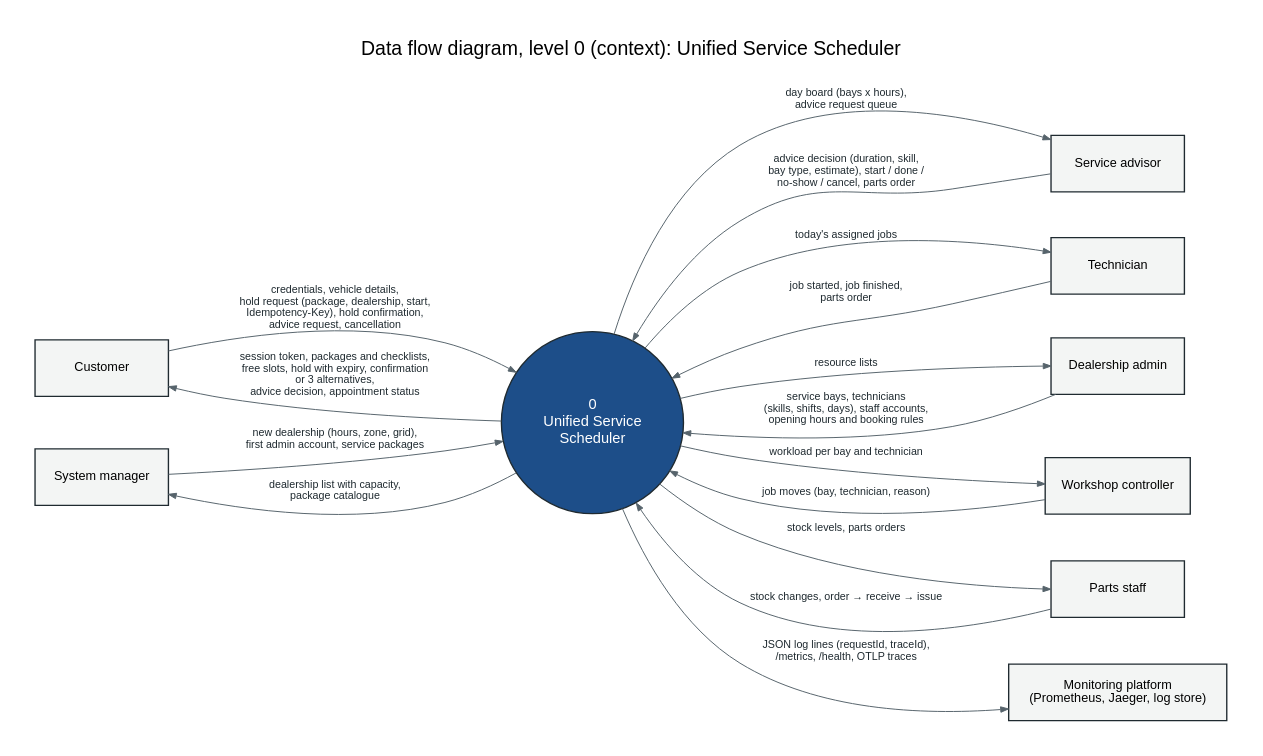
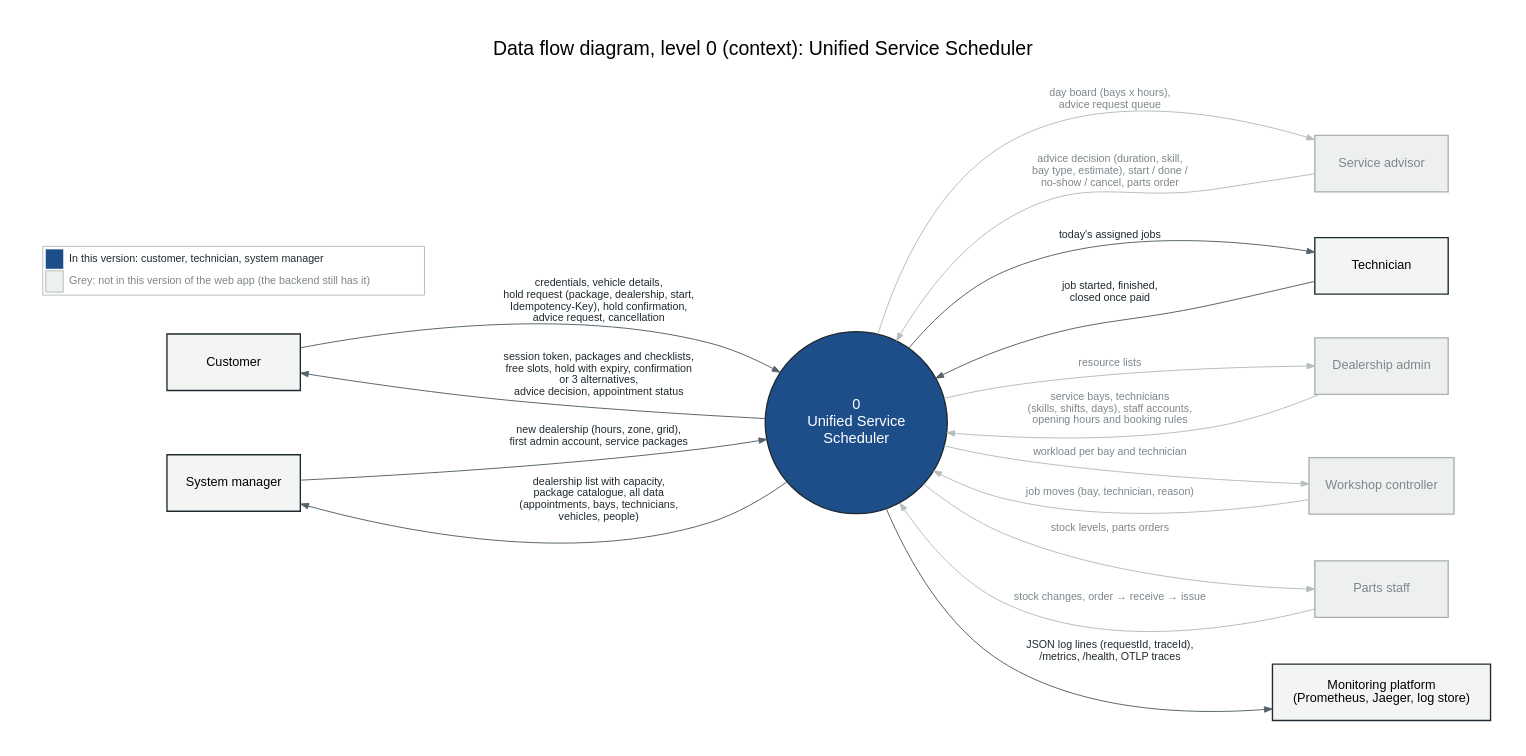
Before and after one commit to Buithienphuoc/Keyloop-challenge-case-A: the diagram in docs/diagrams/dfd-context.dot, drawn with Graphviz. The commit also changed 48 other files, not shown here.

First line of the commit message:
Diagrams: draw what is not in this version in grey instead of leaving it out

```diff
--- a/docs/diagrams/dfd-context.dot
+++ b/docs/diagrams/dfd-context.dot
@@ -1,46 +1,51 @@
 // Data flow diagram, level 0 (context). Render: dot -Tpng -Gdpi=150 dfd-context.dot -o dfd-context.png
 digraph context {
   graph [rankdir=LR, fontname="Helvetica", fontsize=20, labelloc=t, nodesep=0.5, ranksep=1.6, pad=0.4,
          label="Data flow diagram, level 0 (context): Unified Service Scheduler\n\n"];
   node  [fontname="Helvetica", fontsize=13, color="#1F2A30", penwidth=1.4];
   edge  [fontname="Helvetica", fontsize=11, color="#56636B", fontcolor="#1F2A30", arrowsize=0.8];
 
   node [shape=box, style=filled, fillcolor="#F3F5F4", width=1.9, height=0.8];
   customer   [label="Customer"];
-  advisor    [label="Service advisor"];
+  advisor    [label="Service advisor", fillcolor="#EEF0F0", color="#A7B0B4", fontcolor="#7D878C"];
   technician [label="Technician"];
-  admin      [label="Dealership admin"];
+  admin      [label="Dealership admin", fillcolor="#EEF0F0", color="#A7B0B4", fontcolor="#7D878C"];
   sysmgr     [label="System manager"];
-  controller [label="Workshop controller"];
-  partsStaff [label="Parts staff"];
+  controller [label="Workshop controller", fillcolor="#EEF0F0", color="#A7B0B4", fontcolor="#7D878C"];
+  partsStaff [label="Parts staff", fillcolor="#EEF0F0", color="#A7B0B4", fontcolor="#7D878C"];
   monitor    [label="Monitoring platform\n(Prometheus, Jaeger, log store)"];
 
   system [shape=circle, style=filled, fillcolor="#1D4E89", fontcolor=white, fontsize=15, width=2.6, fixedsize=true,
           label="0\nUnified Service\nScheduler"];
 
   { rank=same; customer; sysmgr; }
   { rank=same; advisor; technician; admin; controller; partsStaff; monitor; }
 
   customer -> system [label="credentials, vehicle details,\nhold request (package, dealership, start,\nIdempotency-Key), hold confirmation,\nadvice request, cancellation"];
   system -> customer [label="session token, packages and checklists,\nfree slots, hold with expiry, confirmation\nor 3 alternatives,\nadvice decision, appointment status"];
 
   sysmgr -> system [label="new dealership (hours, zone, grid),\nfirst admin account, service packages"];
-  system -> sysmgr [label="dealership list with capacity,\npackage catalogue"];
+  system -> sysmgr [label="dealership list with capacity,\npackage catalogue, all data\n(appointments, bays, technicians,\nvehicles, people)"];
 
-  system -> advisor [label="day board (bays x hours),\nadvice request queue"];
-  advisor -> system [label="advice decision (duration, skill,\nbay type, estimate), start / done /\nno-show / cancel, parts order"];
+  system -> advisor [label="day board (bays x hours),\nadvice request queue", color="#B5BFBB", fontcolor="#7D878C"];
+  advisor -> system [label="advice decision (duration, skill,\nbay type, estimate), start / done /\nno-show / cancel, parts order", color="#B5BFBB", fontcolor="#7D878C"];
 
   system -> technician [label="today's assigned jobs"];
-  technician -> system [label="job started, job finished,\nparts order"];
+  technician -> system [label="job started, finished,\nclosed once paid"];
 
-  system -> controller [label="workload per bay and technician"];
-  controller -> system [label="job moves (bay, technician, reason)"];
+  system -> controller [label="workload per bay and technician", color="#B5BFBB", fontcolor="#7D878C"];
+  controller -> system [label="job moves (bay, technician, reason)", color="#B5BFBB", fontcolor="#7D878C"];
 
-  system -> partsStaff [label="stock levels, parts orders"];
-  partsStaff -> system [label="stock changes, order → receive → issue"];
+  system -> partsStaff [label="stock levels, parts orders", color="#B5BFBB", fontcolor="#7D878C"];
+  partsStaff -> system [label="stock changes, order → receive → issue", color="#B5BFBB", fontcolor="#7D878C"];
 
-  admin -> system [label="service bays, technicians\n(skills, shifts, days), staff accounts,\nopening hours and booking rules"];
-  system -> admin [label="resource lists"];
+  admin -> system [label="service bays, technicians\n(skills, shifts, days), staff accounts,\nopening hours and booking rules", color="#B5BFBB", fontcolor="#7D878C"];
+  system -> admin [label="resource lists", color="#B5BFBB", fontcolor="#7D878C"];
 
   system -> monitor [label="JSON log lines (requestId, traceId),\n/metrics, /health, OTLP traces"];
+
+  legend [shape=plaintext, style="", fixedsize=false, width=0, height=0, fontsize=11, fontcolor="#1F2A30", label=<<table border="1" cellborder="0" cellpadding="4" color="#B5BFBB">
+    <tr><td bgcolor="#1D4E89" width="14">  </td><td align="left">In this version: customer, technician, system manager</td></tr>
+    <tr><td bgcolor="#EEF0F0" border="1" width="14">  </td><td align="left"><font color="#7D878C">Grey: not in this version of the web app (the backend still has it)</font></td></tr>
+  </table>>];
 }
```
